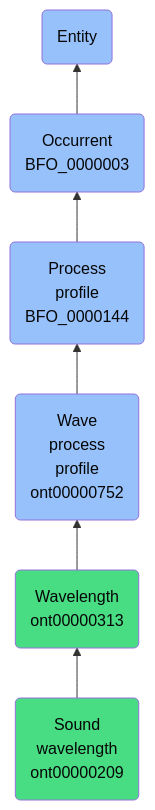
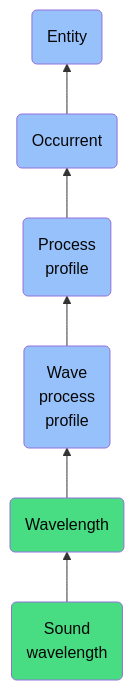
One commit to jupyter-naas/abi changed the diagram in docs/ontology/reference/model/Entity/Occurrent/Process profile/Wave process profile/Wavelength/Sound wavelength/Sound wavelength.md. Above: the diagram before and after it, drawn with Mermaid. The commit also changed other lines of this file and 1430 other files, not shown here.

````diff
--- a/docs/ontology/reference/model/Entity/Occurrent/Process profile/Wave process profile/Wavelength/Sound wavelength/Sound wavelength.md
+++ b/docs/ontology/reference/model/Entity/Occurrent/Process profile/Wave process profile/Wavelength/Sound wavelength/Sound wavelength.md
@@ -24,13 +24,13 @@
 ```mermaid
 graph BT
-    ont00000209(Sound<br>wavelength<br>ont00000209):::ABI-->ont00000313
-    ont00000313(Wavelength<br>ont00000313):::ABI-->ont00000752
-    ont00000752(Wave<br>process<br>profile<br>ont00000752):::BFO-->BFO_0000144
-    BFO_0000144(Process<br>profile<br>BFO_0000144):::BFO-->BFO_0000003
-    BFO_0000003(Occurrent<br>BFO_0000003):::BFO-->BFO_0000001
+    ont00000209(Sound<br>wavelength):::ABI-->ont00000313
+    ont00000313(Wavelength):::ABI-->ont00000752
+    ont00000752(Wave<br>process<br>profile):::BFO-->BFO_0000144
+    BFO_0000144(Process<br>profile):::BFO-->BFO_0000003
+    BFO_0000003(Occurrent):::BFO-->BFO_0000001
     BFO_0000001(Entity):::BFO
     
     classDef BFO fill:#97c1fb,color:#060606
     classDef CCO fill:#e4c51e,color:#060606
     classDef ABI fill:#48DD82,color:#060606
 ```
````
